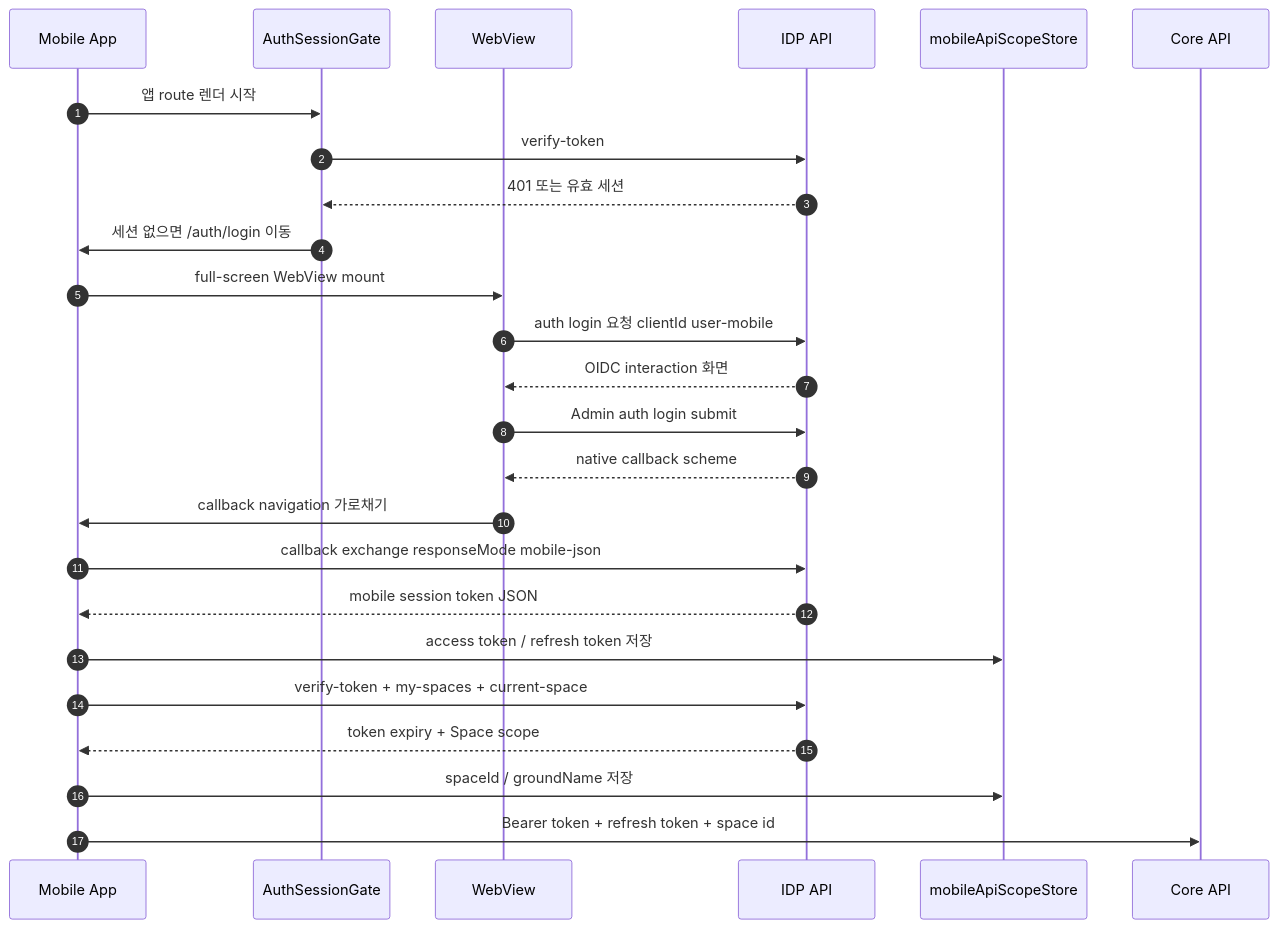
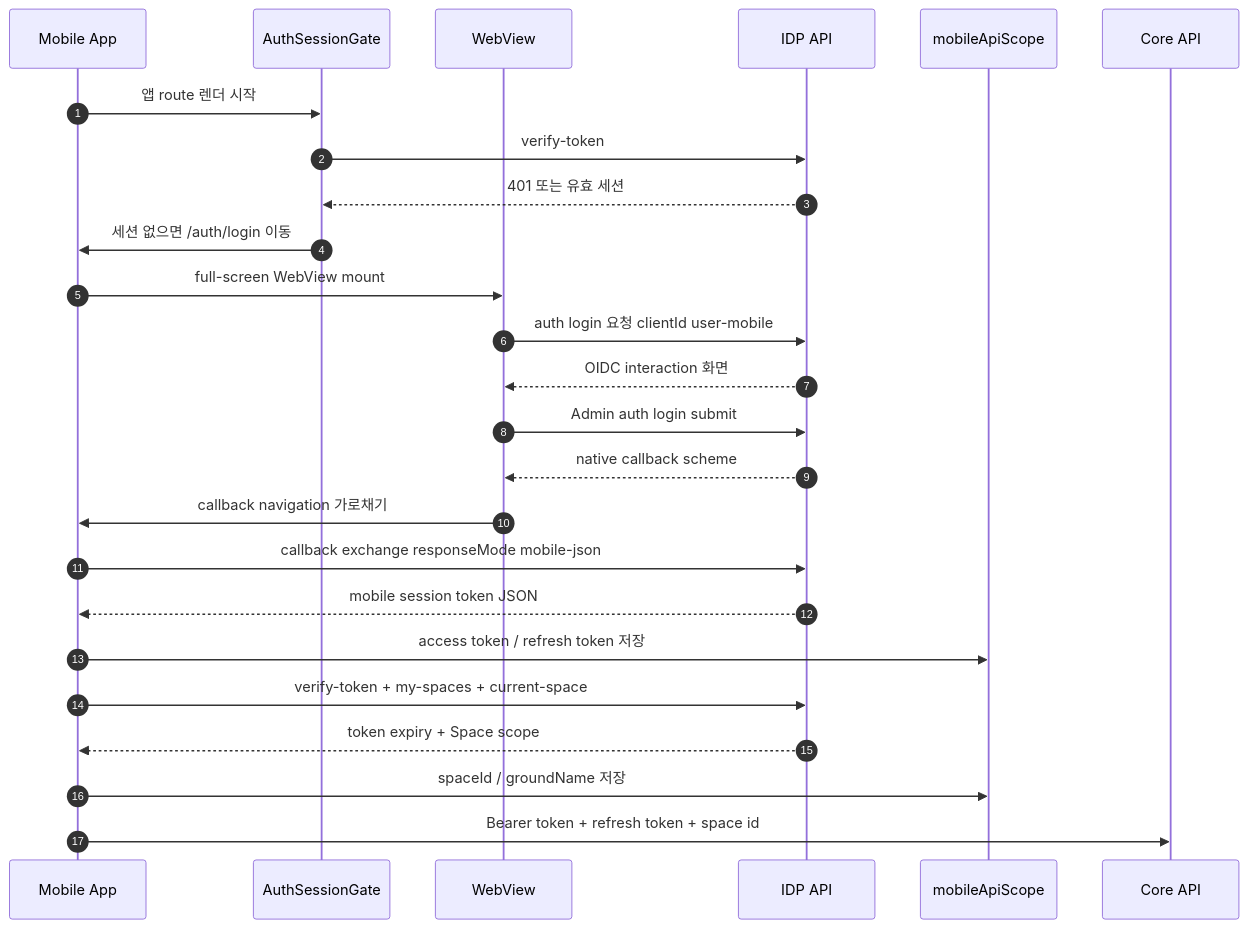
The second of 4 diagrams in docs/mobile-oidc-flow.guide.md (kimjoongwon/prj-core), drawn with Mermaid before and after one commit. The commit also changed other lines of this file and 1126 other files, not shown here.

````diff
--- a/docs/mobile-oidc-flow.guide.md
+++ b/docs/mobile-oidc-flow.guide.md
@@ -98,28 +98,28 @@
 ```mermaid
 sequenceDiagram
   autonumber
   participant App as Mobile App
   participant Gate as AuthSessionGate
   participant WV as WebView
   participant IDP as IDP API
-  participant Scope as mobileApiScopeStore
+  participant Scope as mobileApiScope
   participant Core as Core API
 
   App->>Gate: 앱 route 렌더 시작
   Gate->>IDP: verify-token
   IDP-->>Gate: 401 또는 유효 세션
   Gate->>App: 세션 없으면 /auth/login 이동
   App->>WV: full-screen WebView mount
   WV->>IDP: auth login 요청 clientId user-mobile
   IDP-->>WV: OIDC interaction 화면
   WV->>IDP: Admin auth login submit
   IDP-->>WV: native callback scheme
   WV->>App: callback navigation 가로채기
   App->>IDP: callback exchange responseMode mobile-json
   IDP-->>App: mobile session token JSON
   App->>Scope: access token / refresh token 저장
   App->>IDP: verify-token + my-spaces + current-space
   IDP-->>App: token expiry + Space scope
   App->>Scope: spaceId / groundName 저장
   App->>Core: Bearer token + refresh token + space id
 ```
````
